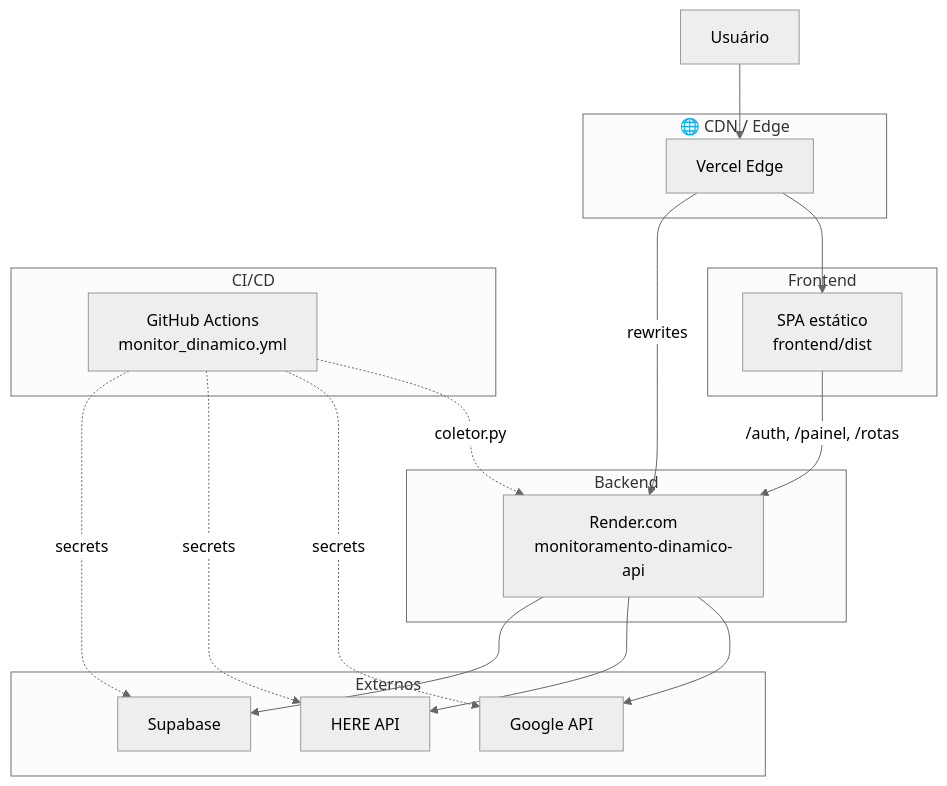
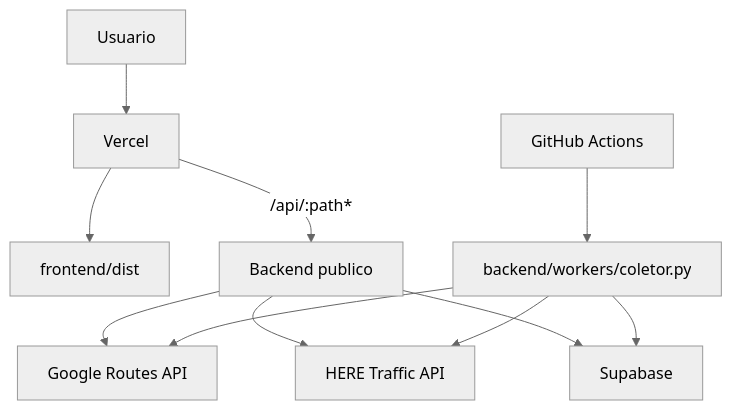
One commit to Ivaanildo/monitoramento-dinamico changed the first of 3 diagrams in docs/arquitetura/03-deploy.md. Above: the diagram before and after it, drawn with Mermaid (neutral theme). The commit also changed other lines of this file and 12 other files, not shown here.

````diff
--- a/docs/arquitetura/03-deploy.md
+++ b/docs/arquitetura/03-deploy.md
@@ -5,36 +5,13 @@
 ```mermaid
 flowchart TB
-    subgraph CDN["🌐 CDN / Edge"]
-        Vercel[Vercel Edge]
-    end
-
-    subgraph Frontend["Frontend"]
-        SPA[SPA estático<br/>frontend/dist]
-    end
-
-    subgraph Backend["Backend"]
-        Render[Render.com<br/>monitoramento-dinamico-api]
-    end
-
-    subgraph CI["CI/CD"]
-        GHA[GitHub Actions<br/>monitor_dinamico.yml]
-    end
-
-    subgraph External["Externos"]
-        Google[Google API]
-        HERE[HERE API]
-        Supabase[Supabase]
-    end
-
-    User[Usuário] --> Vercel
-    Vercel --> SPA
-    Vercel -->|rewrites| Render
-    SPA -->|/auth, /painel, /rotas| Render
-    Render --> Google
-    Render --> HERE
-    Render --> Supabase
-    GHA -.->|coletor.py| Render
-    GHA -.->|secrets| Google
-    GHA -.->|secrets| HERE
-    GHA -.->|secrets| Supabase
+    User["Usuario"] --> Vercel["Vercel"]
+    Vercel --> SPA["frontend/dist"]
+    Vercel -->|/api/:path*| PublicAPI["Backend publico"]
+    PublicAPI --> Google["Google Routes API"]
+    PublicAPI --> Here["HERE Traffic API"]
+    PublicAPI --> Supabase["Supabase"]
+    GHA["GitHub Actions"] --> Worker["backend/workers/coletor.py"]
+    Worker --> Google
+    Worker --> Here
+    Worker --> Supabase
 ```
````
